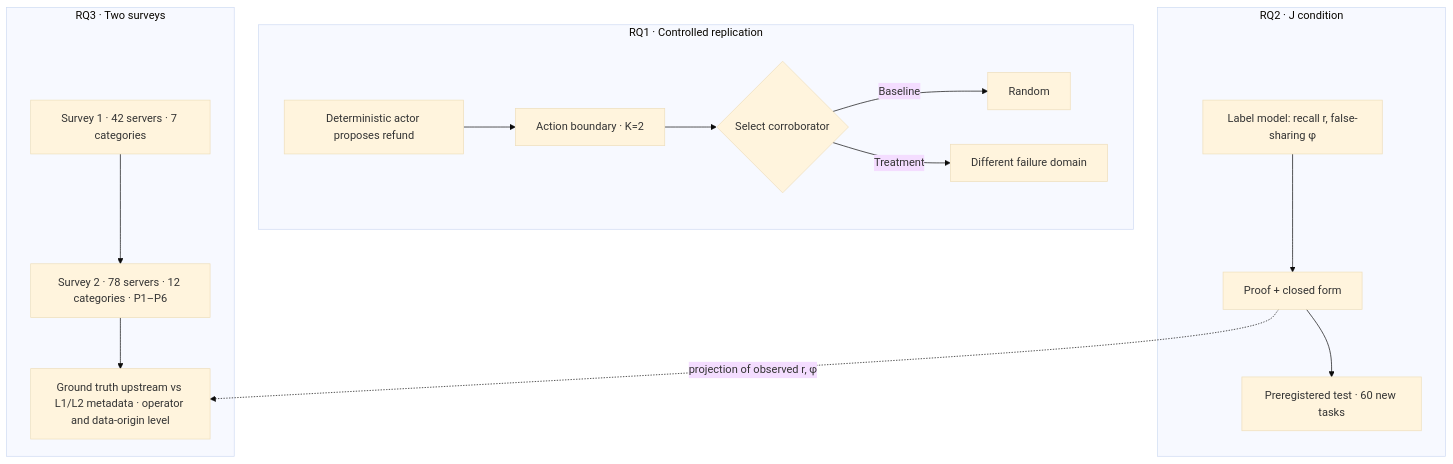
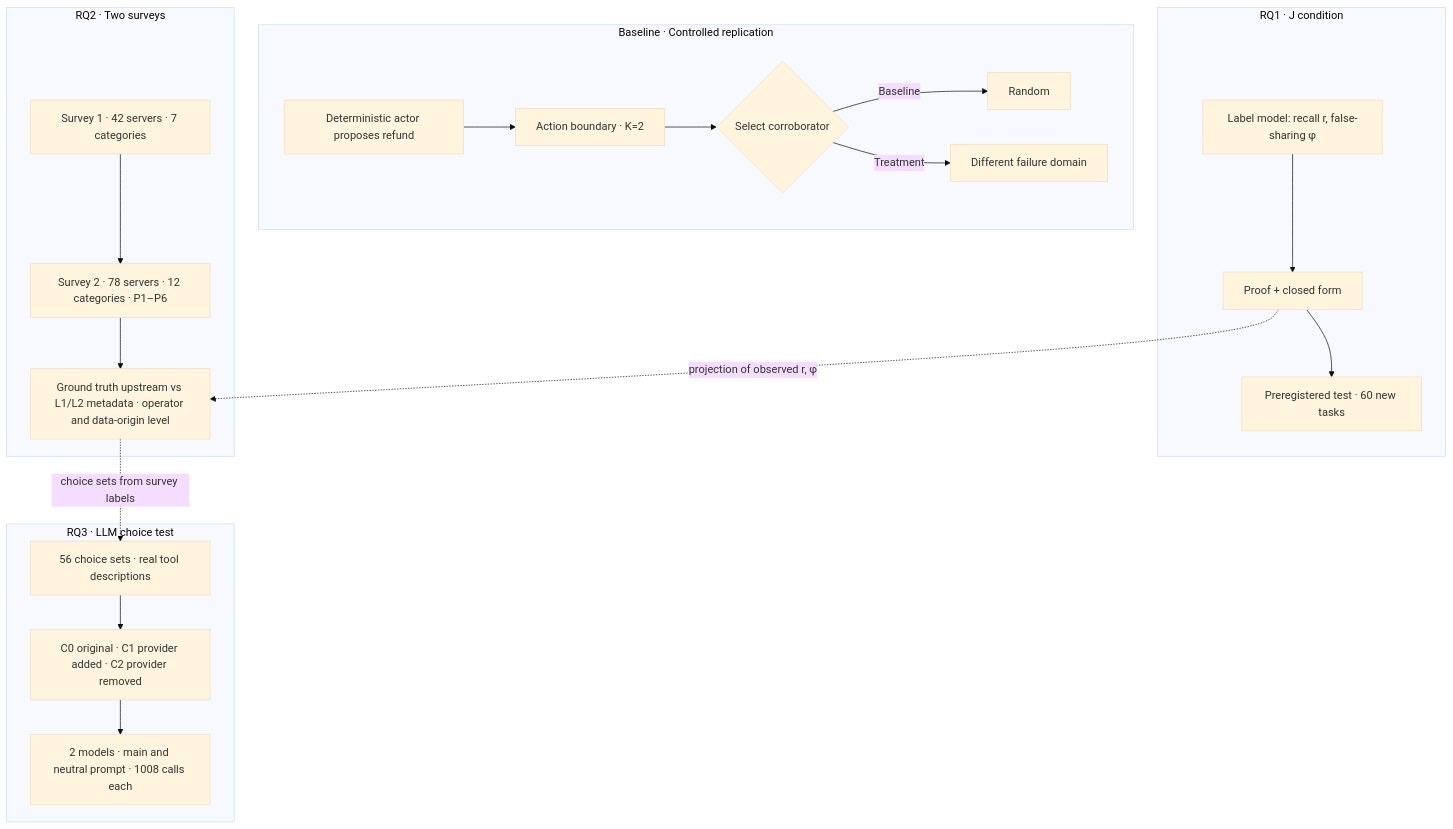
The diagram in projects/reliable-tool-using-ai-agents/paper/supervisor-methodology-rq-briefing.md (tuankiet18/reliable-tool-using-agents), drawn with Mermaid (base theme) before and after one commit. The commit also changed other lines of this file and 8 other files, not shown here.

````diff
--- a/projects/reliable-tool-using-ai-agents/paper/supervisor-methodology-rq-briefing.md
+++ b/projects/reliable-tool-using-ai-agents/paper/supervisor-methodology-rq-briefing.md
@@ -83,18 +97,23 @@
 ```mermaid
 flowchart TB
-    subgraph R1[RQ1 · Controlled replication]
+    subgraph R1[Baseline · Controlled replication]
       A[Deterministic actor proposes refund] --> B[Action boundary · K=2]
       B --> C{Select corroborator}
       C -->|Baseline| D[Random]
       C -->|Treatment| E[Different failure domain]
     end
-    subgraph R2[RQ2 · J condition]
+    subgraph R2[RQ1 · J condition]
       F[Label model: recall r, false-sharing φ] --> G[Proof + closed form]
       G --> G2[Preregistered test · 60 new tasks]
     end
-    subgraph R3[RQ3 · Two surveys]
+    subgraph R3[RQ2 · Two surveys]
       H[Survey 1 · 42 servers · 7 categories] --> K[Survey 2 · 78 servers · 12 categories · P1–P6]
       K --> J[Ground truth upstream vs L1/L2 metadata · operator and data-origin level]
     end
+    subgraph R4[RQ3 · LLM choice test]
+      L[56 choice sets · real tool descriptions] --> M[C0 original · C1 provider added · C2 provider removed]
+      M --> N[2 models · main and neutral prompt · 1008 calls each]
+    end
     G -.projection of observed r, φ.-> J
+    J -.choice sets from survey labels.-> L
 ```
````
